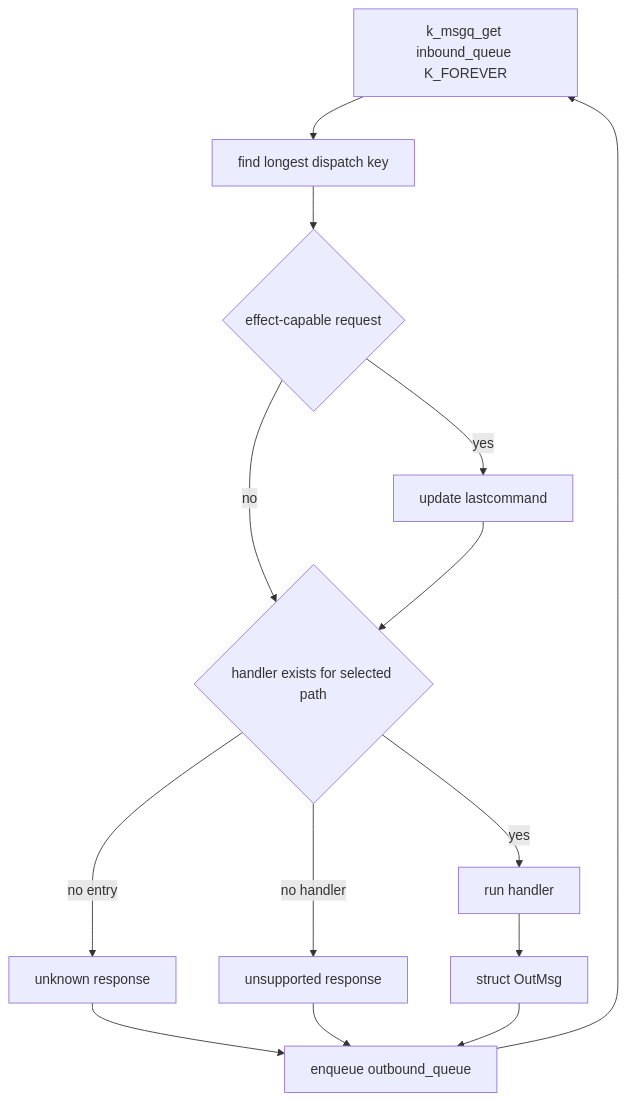
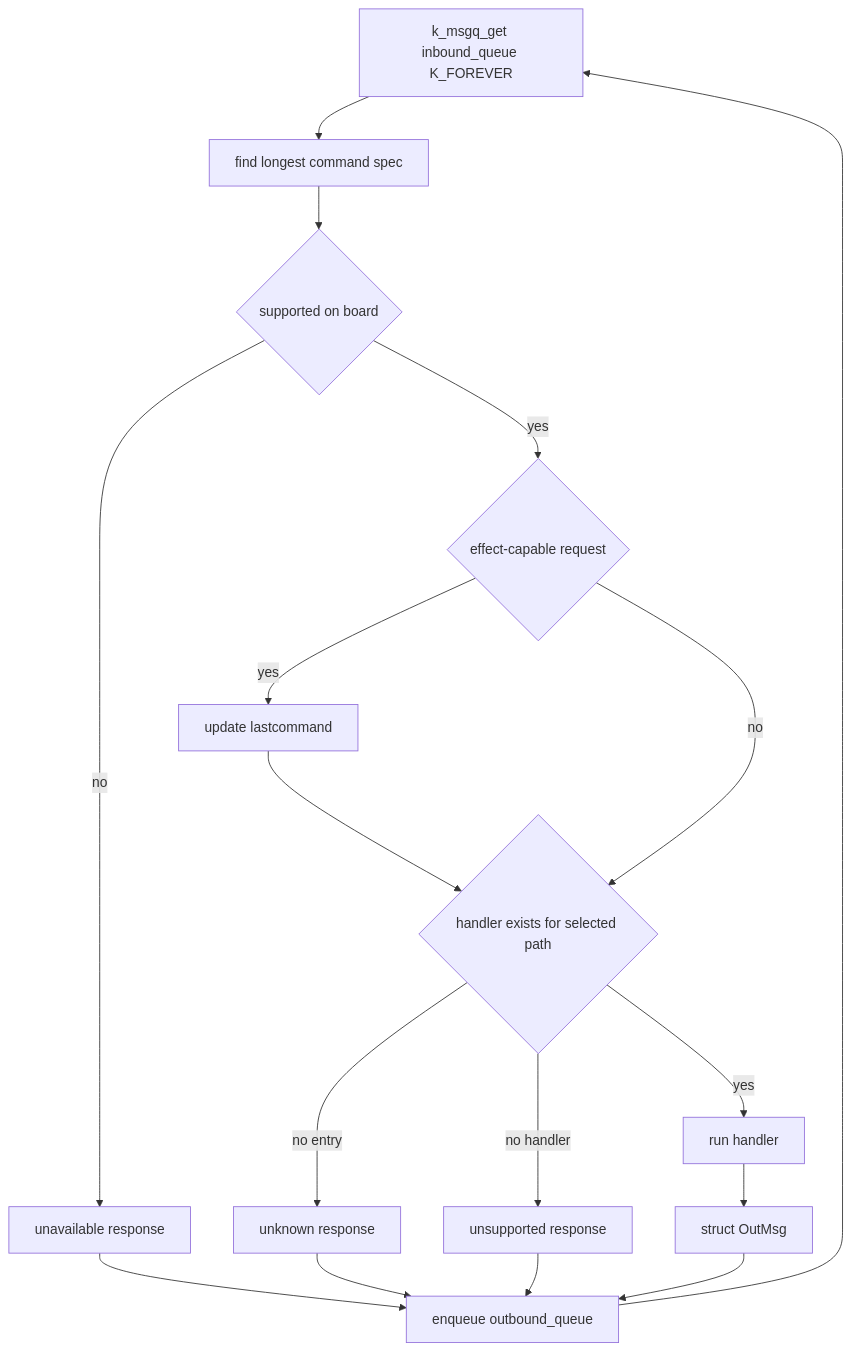
Before and after one commit to COO-Utilities/hispec-tib: the sixth of 22 diagrams in doc/diagrams.md, drawn with Mermaid. The commit also changed other lines of this file and 7 other files, not shown here.

Commit message:
Update command dispatch docs

````diff
--- a/doc/diagrams.md
+++ b/doc/diagrams.md
@@ -123,16 +123,19 @@
 ```mermaid
 flowchart TD
-  Wait[k_msgq_get inbound_queue K_FOREVER] --> Dispatch[find longest dispatch key]
-  Dispatch --> Record{effect-capable request}
+  Wait[k_msgq_get inbound_queue K_FOREVER] --> Dispatch[find longest command spec]
+  Dispatch --> Supported{supported on board}
+  Supported -- no --> Unavailable[unavailable response]
+  Supported -- yes --> Record{effect-capable request}
   Record -- yes --> Last[update lastcommand]
   Record -- no --> Found{handler exists for selected path}
   Last --> Found
   Found -- no entry --> Unknown[unknown response]
   Found -- no handler --> Unsupported[unsupported response]
   Found -- yes --> Handler[run handler]
   Handler --> Response[struct OutMsg]
   Unknown --> Out[enqueue outbound_queue]
+  Unavailable --> Out
   Unsupported --> Out
   Response --> Out
   Out --> Wait
 ```
````
